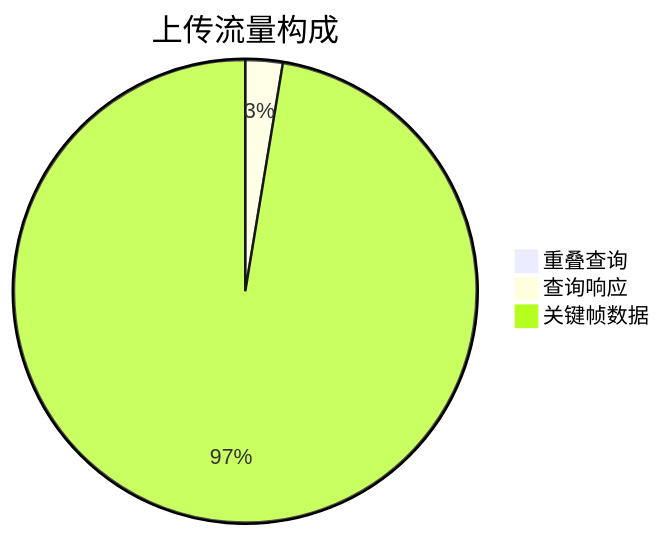
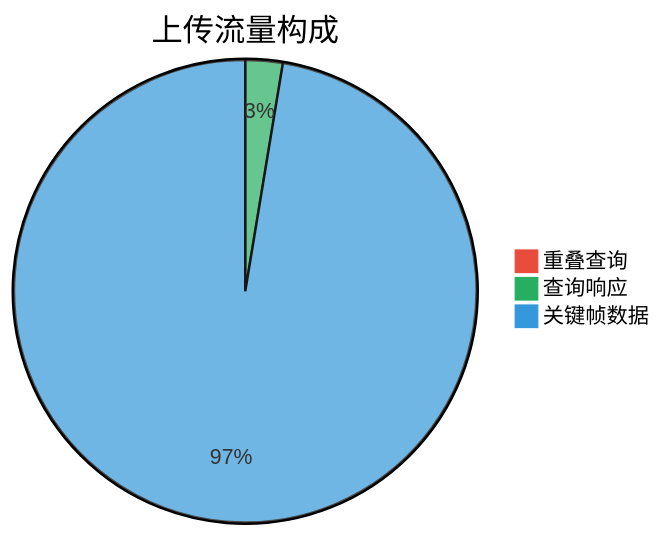
The sixth of 7 diagrams in slides.md (zhaolin191544/csgo), drawn with Mermaid before and after one commit. The commit also changed other lines of this file and 3 other files, not shown here.

````diff
--- a/slides.md
+++ b/slides.md
@@ -612,15 +617,8 @@
 ```mermaid
-%%{init: {'theme': 'base', 'themeVariables': {
-  'pie1': '#FF9999',    
-  'pie2': '#66B3FF',   
-  'pie3': '#99FF99',  
-  'pieSectionTextColor': '#fd5f5fff',  // 扇形标签文本色
-  'pieStrokeColor': '#333333',       // 扇形边框色
-  'pieOuterStrokeColor': '#333333'   // 外圈边框色
-}}}%%
+%%{init: {"themeVariables": { "pie1":"#e74c3c", "pie2":"#27ae60", "pie3":"#3498db"}} }%%
 pie
     title 上传流量构成
     "重叠查询": 0.07
     "查询响应": 2.6
     "关键帧数据": 97.3
 ```
````
